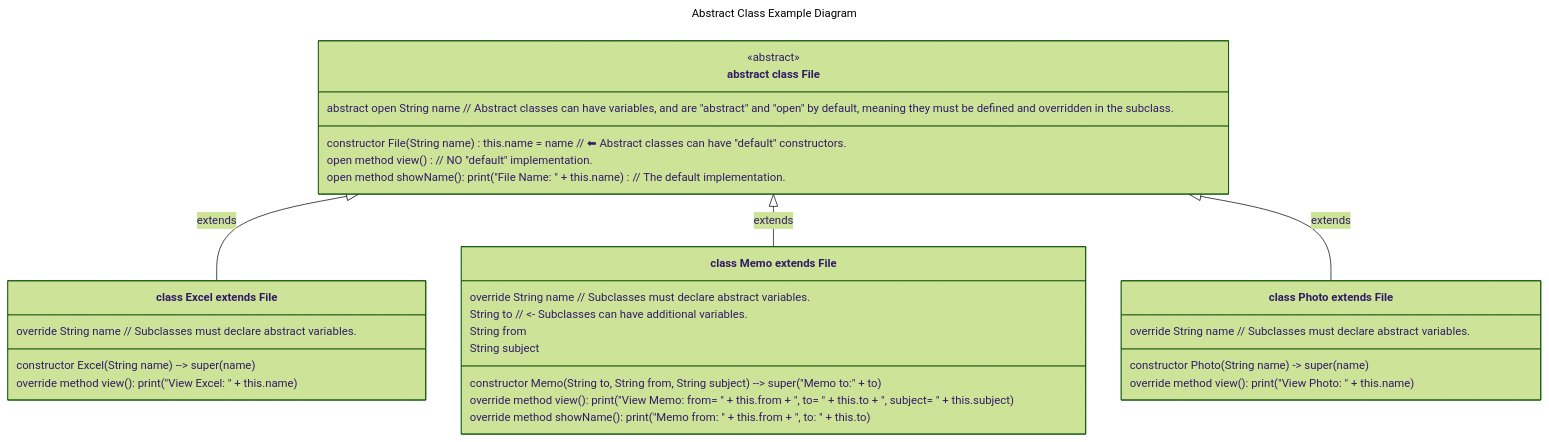
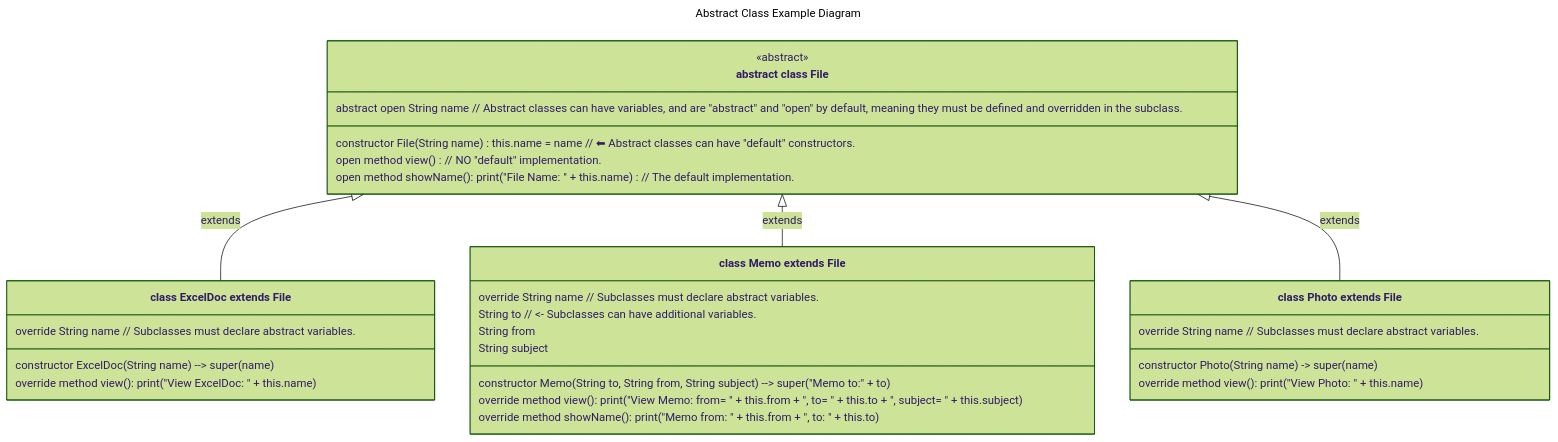
Before and after one commit to realityexpander/How_to_program_from_ground_up: the sixth of 8 diagrams in 09-ClassOrientedProgramming.md, drawn with Mermaid (forest theme). The commit also changed other lines of this file and 2 other files, not shown here.

````diff
--- a/09-ClassOrientedProgramming.md
+++ b/09-ClassOrientedProgramming.md
@@ -696,47 +696,47 @@
     ```mermaid
     ---
     title: Abstract Class Example Diagram
       
     ---
     classDiagram
     direction TB
-    File <|-- Excel : extends
+    File <|-- ExcelDoc : extends
     File <|-- Memo : extends
     File <|-- Photo : extends
       
     class File["abstract class File"] {
        abstract open String name  // Abstract classes can have variables, and are "abstract" and "open" by default, meaning they must be defined and overridden in the subclass.
        
        constructor File(String name) this.name = name // ⬅︎ Abstract classes can have "default" constructors.
         
        open method view() // NO "default" implementation.
        open method showName(): print("File Name: " + this.name) // The default implementation.
     }
     <<abstract>> File 
       
-    class Excel["class Excel extends File"] {
+    class ExcelDoc["class ExcelDoc extends File"] {
        override String name // Subclasses must declare abstract variables.
     
-       constructor Excel(String name) --> super(name)
+       constructor ExcelDoc(String name) --> super(name)
     
-       override method view(): print("View Excel: " + this.name) 
+       override method view(): print("View ExcelDoc: " + this.name) 
     }
     class Memo["class Memo extends File"] {
        override String name //  Subclasses must declare abstract variables.
        String to  // <- Subclasses can have additional variables.
        String from
        String subject
     
        constructor Memo(String to, String from, String subject) --> super("Memo to:" + to)
        
        override method view(): print("View Memo: from= " + this.from + ", to= " + this.to + ", subject= " + this.subject) 
        override method showName(): print("Memo from: " + this.from + ", to: " + this.to)
     }
     class Photo["class Photo extends File"] {
        override String name // Subclasses must declare abstract variables.
     
        constructor Photo(String name) -> super(name)
        
        override method view(): print("View Photo: " + this.name)
     }
     ```
````
